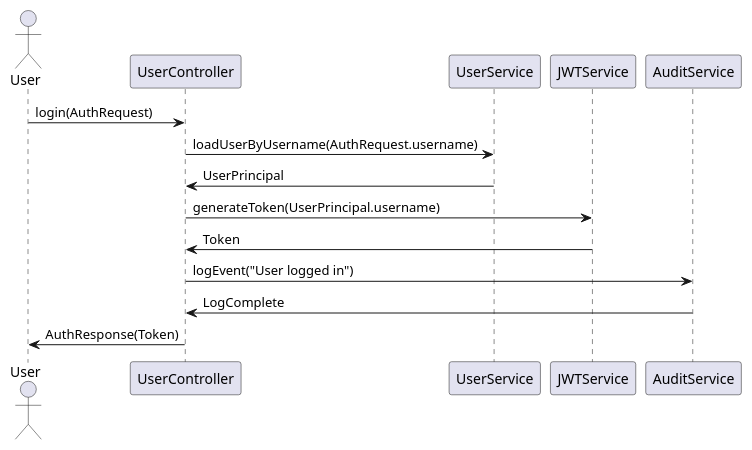
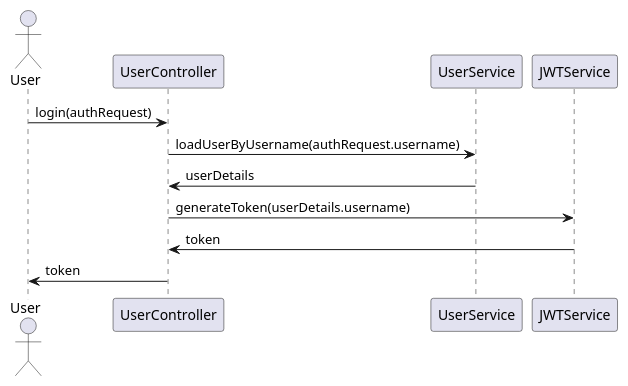
Before and after one commit to Dinesh-s95/AutoDoc.ai: the second of 6 diagrams in identityprovider/documentation/detaileddesign.adoc, drawn with PlantUML. The commit also changed other lines of this file and 4 other files, not shown here.

````diff
--- a/identityprovider/documentation/detaileddesign.adoc
+++ b/identityprovider/documentation/detaileddesign.adoc
@@ -310,18 +279,16 @@
-```plantuml
+[plantuml, authentication-flow, png]
+----
 @startuml
 actor User
 participant UserController
 participant UserService
 participant JWTService
-participant AuditService
 
-User -> UserController : login(AuthRequest)
-UserController -> UserService : loadUserByUsername(AuthRequest.username)
-UserService -> UserController : UserPrincipal
-UserController -> JWTService : generateToken(UserPrincipal.username)
-JWTService -> UserController : Token
-UserController -> AuditService : logEvent("User logged in")
-AuditService -> UserController : LogComplete
-UserController -> User : AuthResponse(Token)
+User -> UserController : login(authRequest)
+UserController -> UserService : loadUserByUsername(authRequest.username)
+UserService -> UserController : userDetails
+UserController -> JWTService : generateToken(userDetails.username)
+JWTService -> UserController : token
+UserController -> User : token
 @enduml
-```
+----
````
